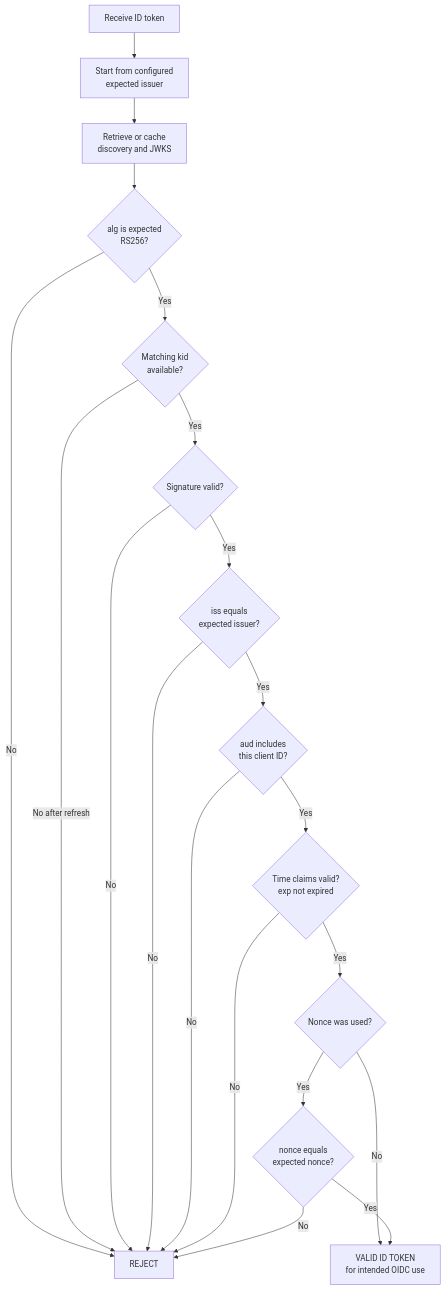
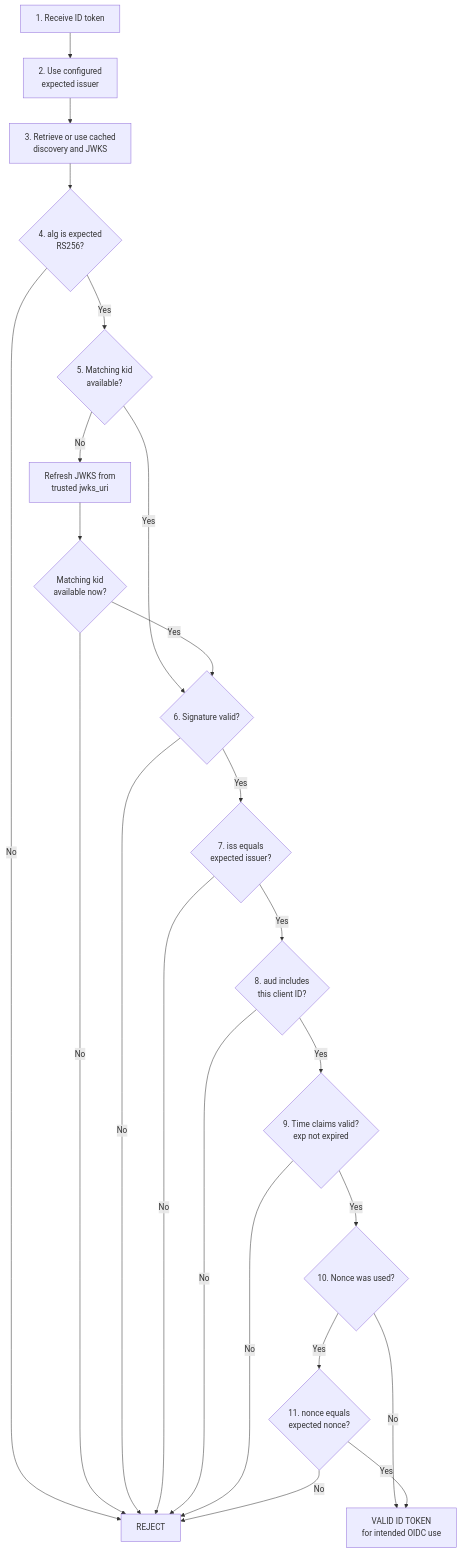
Before and after one commit to TedxHarry/OAuth-OIDC: the fourth of 7 diagrams in diagrams/day-05-jwt-validation.md, drawn with Mermaid. The commit also changed other lines of this file, not shown here.

Commit message:
Fix Day 5 validation flow diagram

```diff
--- a/diagrams/day-05-jwt-validation.md
+++ b/diagrams/day-05-jwt-validation.md
@@ -57,34 +57,38 @@
 ~~~mermaid
 flowchart TB
-    START["Receive ID token"]
-    ISSUER["Start from configured<br/>expected issuer"]
-    DISC["Retrieve or cache<br/>discovery and JWKS"]
-    ALG{"alg is expected<br/>RS256?"}
-    KID{"Matching kid<br/>available?"}
-    SIG{"Signature valid?"}
-    ISS{"iss equals<br/>expected issuer?"}
-    AUD{"aud includes<br/>this client ID?"}
-    TIME{"Time claims valid?<br/>exp not expired"}
-    NONCE{"Nonce was used?"}
-    NMATCH{"nonce equals<br/>expected nonce?"}
+    START["1. Receive ID token"]
+    ISSUER["2. Use configured<br/>expected issuer"]
+    DISC["3. Retrieve or use cached<br/>discovery and JWKS"]
+    ALG{"4. alg is expected<br/>RS256?"}
+    KID{"5. Matching kid<br/>available?"}
+    REFRESH["Refresh JWKS from<br/>trusted jwks_uri"]
+    KID2{"Matching kid<br/>available now?"}
+    SIG{"6. Signature valid?"}
+    ISS{"7. iss equals<br/>expected issuer?"}
+    AUD{"8. aud includes<br/>this client ID?"}
+    TIME{"9. Time claims valid?<br/>exp not expired"}
+    NONCE{"10. Nonce was used?"}
+    NMATCH{"11. nonce equals<br/>expected nonce?"}
     VALID["VALID ID TOKEN<br/>for intended OIDC use"]
     REJECT["REJECT"]
 
     START --> ISSUER --> DISC --> ALG
     ALG -->|No| REJECT
     ALG -->|Yes| KID
-    KID -->|No after refresh| REJECT
     KID -->|Yes| SIG
+    KID -->|No| REFRESH --> KID2
+    KID2 -->|No| REJECT
+    KID2 -->|Yes| SIG
     SIG -->|No| REJECT
     SIG -->|Yes| ISS
     ISS -->|No| REJECT
     ISS -->|Yes| AUD
     AUD -->|No| REJECT
     AUD -->|Yes| TIME
     TIME -->|No| REJECT
     TIME -->|Yes| NONCE
     NONCE -->|No| VALID
     NONCE -->|Yes| NMATCH
     NMATCH -->|No| REJECT
     NMATCH -->|Yes| VALID
 ~~~
```
